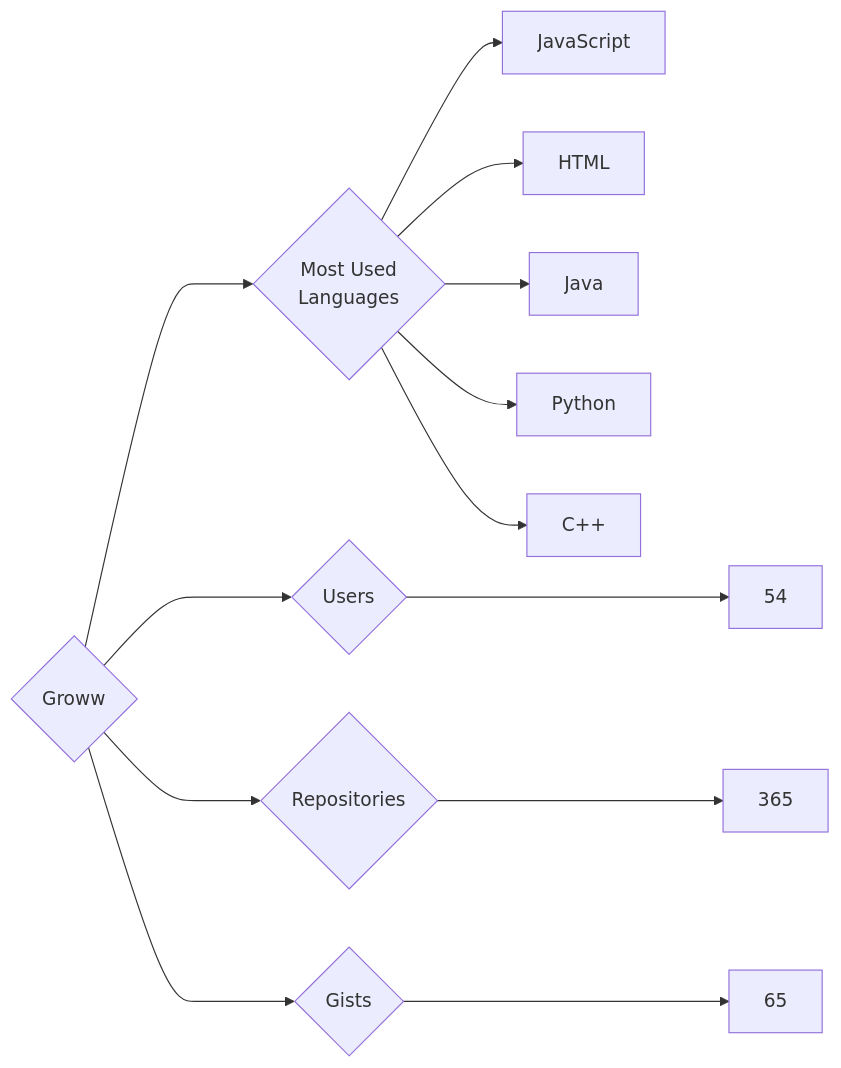
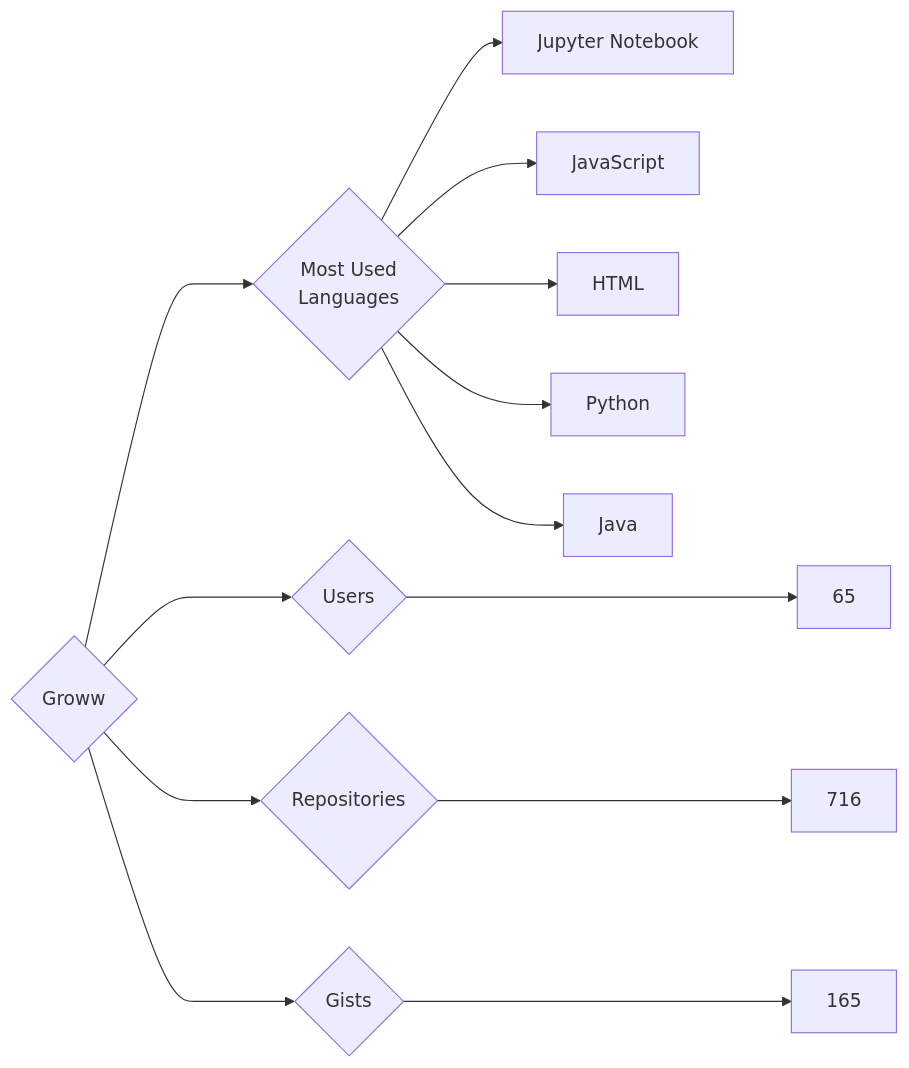
The diagram in targets/Groww/README.md (trickest/insiders), drawn with Mermaid before and after one commit. The commit also changed 944 other files, not shown here.

````diff
--- a/targets/Groww/README.md
+++ b/targets/Groww/README.md
@@ -3,13 +3,13 @@
 ```mermaid
 graph LR
 COMPANY_NAME{Groww}
-COMPANY_NAME ---> U{Users} ---> UN[54]
-COMPANY_NAME ---> R{Repositories} ---> RN[365]
-COMPANY_NAME ---> G{Gists} ---> GN[65]
+COMPANY_NAME ---> U{Users} ---> UN[65]
+COMPANY_NAME ---> R{Repositories} ---> RN[716]
+COMPANY_NAME ---> G{Gists} ---> GN[165]
 COMPANY_NAME ---> ML{Most Used<br>Languages}
+ML --> Jupyter_Notebook[Jupyter Notebook]
 ML --> JavaScript[JavaScript]
 ML --> HTML[HTML]
+ML --> Python[Python]
 ML --> Java[Java]
-ML --> Python[Python]
-ML --> C++[C++]
 ```
````
